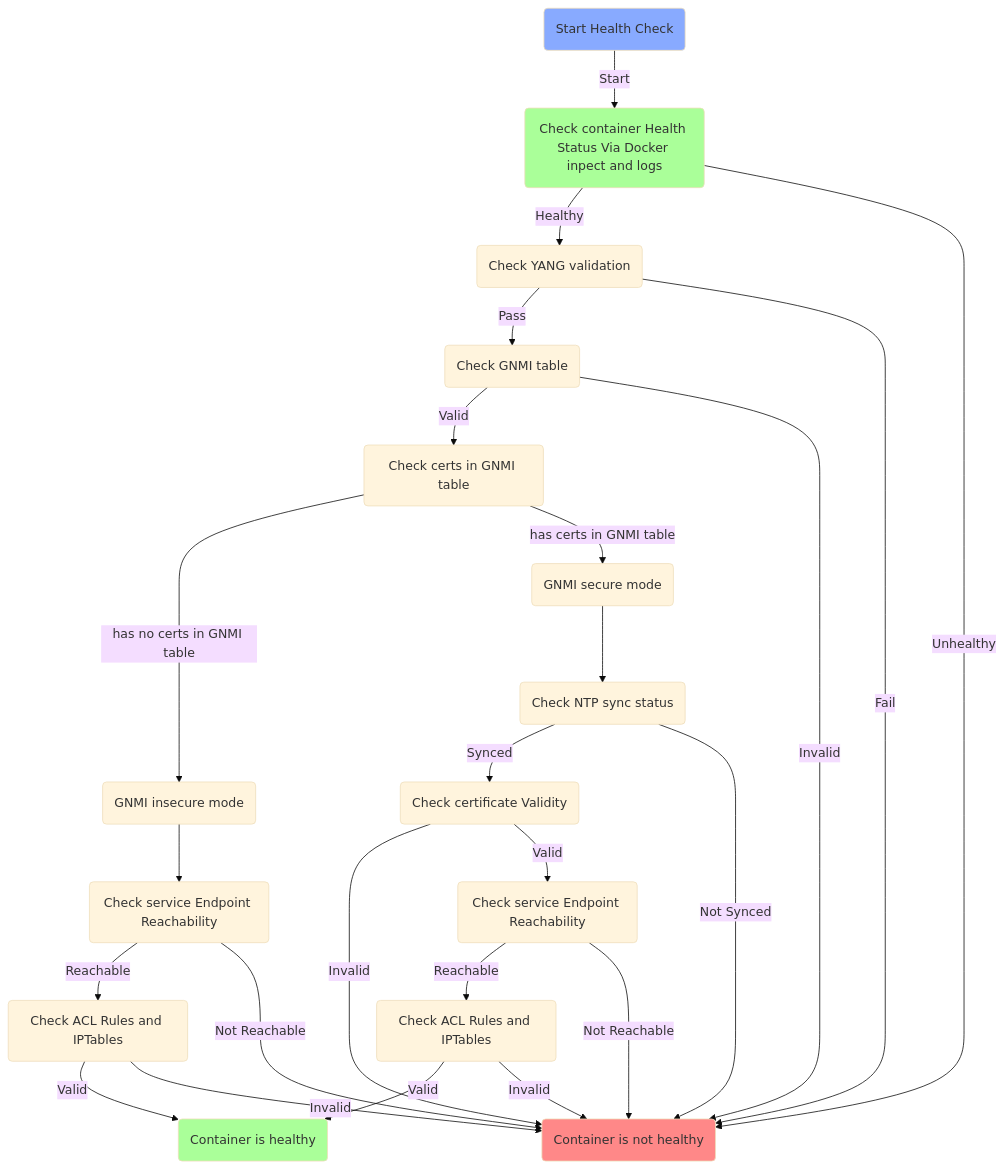
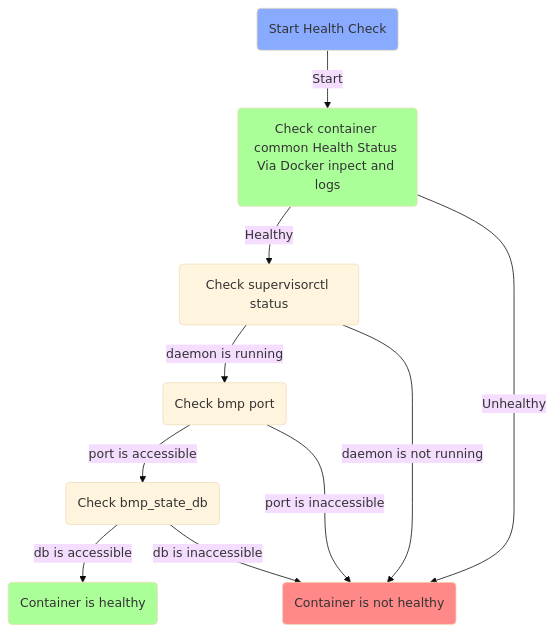
The diagram in bmp_wd.md (FengPan-Frank/mermaid), drawn with Mermaid (base theme) before and after one commit.

````diff
--- a/bmp_wd.md
+++ b/bmp_wd.md
@@ -1,46 +1,24 @@
 ```mermaid
 flowchart
-    id_health(Start Health Check)
-    style id_health fill:#8AF
-    id_container(Check container Health Status Via Docker inpect and logs)
-    style id_container fill:#AF9
-    id_ntp(Check NTP sync status)
-    id_yang(Check YANG validation)
-    id_gnmi(Check GNMI table)
-    id_gnmi_certs(Check certs in GNMI table)
-    id_insecure(GNMI insecure mode)
-    id_secure(GNMI secure mode)
-    id_endpoint1(Check service Endpoint Reachability)
-    id_acl1(Check ACL Rules and IPTables)
-    id_endpoint2(Check service Endpoint Reachability)
-    id_acl2(Check ACL Rules and IPTables)
-    id_cert_valid(Check certificate Validity)
-    id_container_healthy(Container is healthy)
-    style id_container_healthy fill:#AF9
-    id_container_not_healthy(Container is not healthy)
-    style id_container_not_healthy fill:#F88
+    id_start(Start Health Check)
+    style id_start fill:#8AF
+    id_docker(Check container common Health Status Via Docker inpect and logs)
+    style id_docker fill:#AF9
+    id_supervisorctl(Check supervisorctl status)
+    id_bmp_port(Check bmp port)
+    id_bmp_db(Check bmp_state_db)
+    id_healthy(Container is healthy)
+    style id_healthy fill:#AF9
+    id_unhealthy(Container is not healthy)
+    style id_unhealthy fill:#F88
 
-    id_health-->|Start|id_container
-    id_container-->|Healthy|id_yang
-    id_container-->|Unhealthy|id_container_not_healthy
-    id_yang-->|Pass|id_gnmi
-    id_yang-->|Fail|id_container_not_healthy
-    id_gnmi-->|Valid|id_gnmi_certs
-    id_gnmi-->|Invalid|id_container_not_healthy
-    id_gnmi_certs-->|has no certs in GNMI table|id_insecure
-    id_gnmi_certs-->|has certs in GNMI table|id_secure
-    id_secure-->id_ntp
-    id_ntp-->|Synced|id_cert_valid
-    id_ntp-->|Not Synced|id_container_not_healthy
-    id_cert_valid-->|Invalid|id_container_not_healthy
-    id_cert_valid-->|Valid|id_endpoint1
-    id_endpoint1-->|Reachable|id_acl1
-    id_endpoint1-->|Not Reachable|id_container_not_healthy
-    id_acl1-->|Valid|id_container_healthy
-    id_acl1-->|Invalid|id_container_not_healthy
-    id_insecure-->id_endpoint2
-    id_endpoint2-->|Reachable|id_acl2
-    id_endpoint2-->|Not Reachable|id_container_not_healthy
-    id_acl2-->|Valid|id_container_healthy
-    id_acl2-->|Invalid|id_container_not_healthy
+    id_start-->|Start|id_docker
+    id_docker-->|Healthy|id_supervisorctl
+    id_docker-->|Unhealthy|id_unhealthy
+    id_supervisorctl-->|daemon is running|id_bmp_port
+    id_supervisorctl-->|daemon is not running|id_unhealthy
+    id_bmp_port-->|port is accessible|id_bmp_db
+    id_bmp_port-->|port is inaccessible|id_unhealthy
+    id_bmp_db-->|db is accessible|id_healthy
+    id_bmp_db-->|db is inaccessible|id_unhealthy
 ```
````
